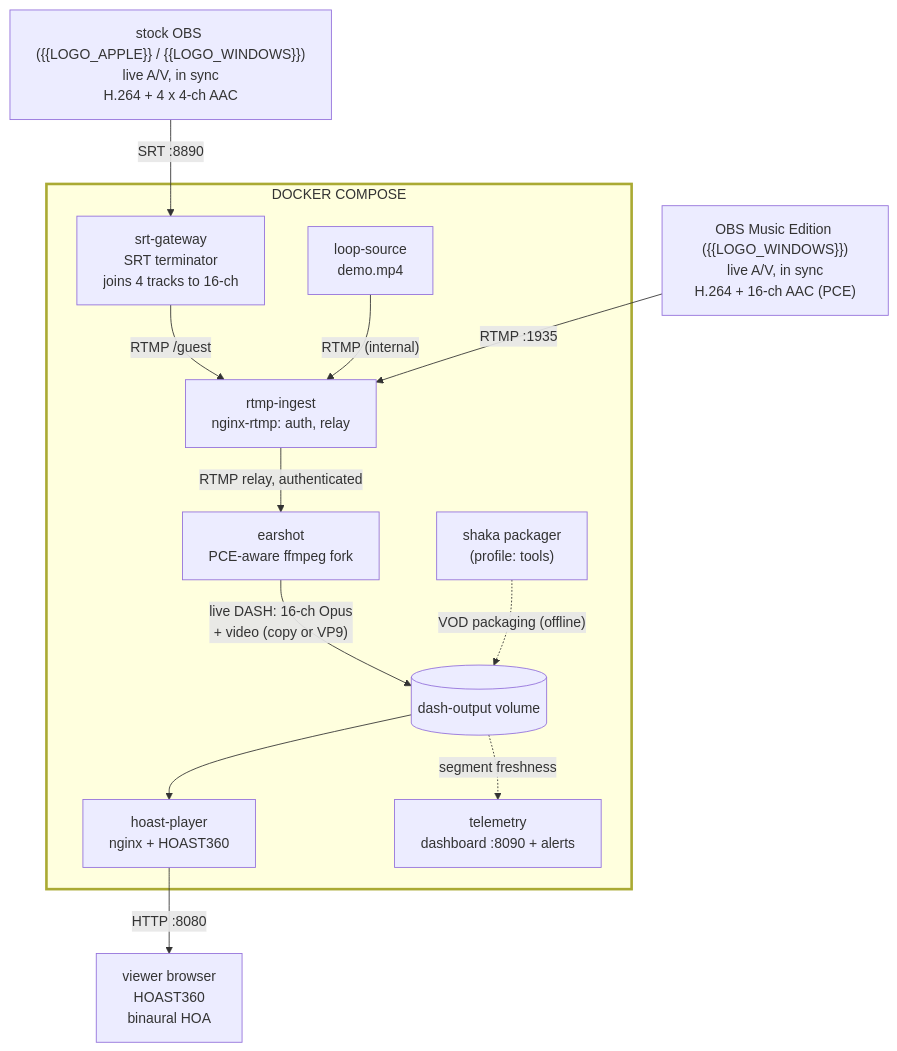
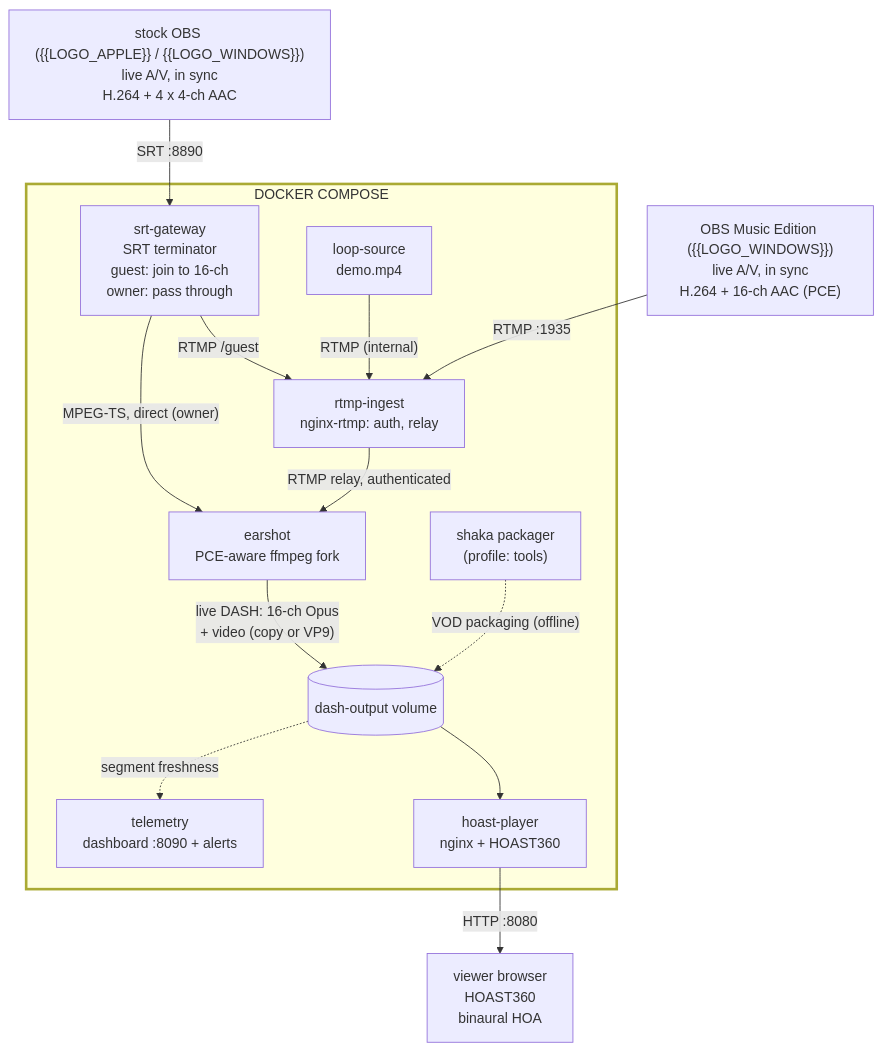
Before and after one commit to mormegil6/ambisonic-box: the diagram in docs/architecture/architecture.mmd, drawn with Mermaid. The commit also changed 5 other files, not shown here.

First line of the commit message:
Architecture diagram: draw the owner route that no longer passes through ingest

```diff
--- a/docs/architecture/architecture.mmd
+++ b/docs/architecture/architecture.mmd
@@ -1,33 +1,34 @@
 %% Architecture / data-flow diagram for the HOA 360 stream stack.
 %% This is the SOURCE only: dagre's raw layout is rearranged by postprocess.py,
 %% so do not embed a plain `mmdc` render of this. Run ./build.sh to regenerate
 %% architecture.svg / architecture.png. The subgraph deliberately has no
 %% `direction` (a nested one would give the SVG two coordinate systems).
 flowchart TD
     SRTOBS["stock OBS ({{LOGO_APPLE}}&nbsp;/&nbsp;{{LOGO_WINDOWS}})<br/>live A/V, in sync<br/>H.264 + 4 x 4-ch AAC"]
     OBS["OBS Music Edition ({{LOGO_WINDOWS}})<br/>live A/V, in sync<br/>H.264 + 16-ch AAC (PCE)"]
 
     subgraph COMPOSE["DOCKER COMPOSE"]
-        GATEWAY["srt-gateway<br/>SRT terminator<br/>joins 4 tracks to 16-ch"]
+        GATEWAY["srt-gateway<br/>SRT terminator<br/>guest: join to 16-ch<br/>owner: pass through"]
         INGEST["rtmp-ingest<br/>nginx-rtmp: auth, relay"]
         LOOP["loop-source<br/>demo.mp4"]
         EARSHOT["earshot<br/>PCE-aware ffmpeg fork"]
         VOL[("dash-output volume")]
         SHAKA["shaka packager<br/>(profile: tools)"]
         PLAYER["hoast-player<br/>nginx + HOAST360"]
         TELEM["telemetry<br/>dashboard :8090 + alerts"]
     end
 
     VIEWER["viewer browser<br/>HOAST360<br/>binaural HOA"]
 
     SRTOBS -- "SRT :8890" --> GATEWAY
     GATEWAY -- "RTMP /guest" --> INGEST
+    GATEWAY -- "MPEG-TS, direct (owner)" --> EARSHOT
     OBS -- "RTMP :1935" --> INGEST
     LOOP -- "RTMP (internal)" --> INGEST
     INGEST -- "RTMP relay, authenticated" --> EARSHOT
     EARSHOT -- "live DASH: 16-ch Opus<br/>+ video (copy or VP9)" --> VOL
     SHAKA -. "VOD packaging (offline)" .-> VOL
     VOL --> PLAYER
     PLAYER -- "HTTP :8080" --> VIEWER
     VOL -. "segment freshness" .-> TELEM
     style COMPOSE stroke-width:3px
```
